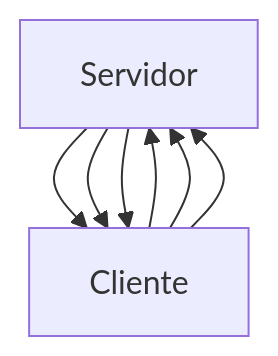
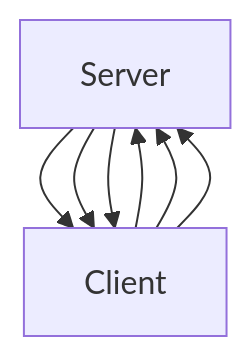
One commit to EduardoZepeda/coffee-bytes-hugo changed the fifth of 5 diagrams in content/posts/que-es-grpc-y-para-que-sirven-los-protobuffers/index.en.md. Above: the diagram before and after it, drawn with Mermaid. The commit also changed other lines of this file and 2 other files, not shown here.

````diff
--- a/content/posts/que-es-grpc-y-para-que-sirven-los-protobuffers/index.en.md
+++ b/content/posts/que-es-grpc-y-para-que-sirven-los-protobuffers/index.en.md
@@ -156,9 +156,9 @@
 ``` mermaid
 graph TD;
-    Servidor-->Cliente;
-    Servidor-->Cliente;
-    Servidor-->Cliente;
-    Cliente-->Servidor;
-    Cliente-->Servidor;
-    Cliente-->Servidor;
+    Server-->Client;
+    Server-->Client;
+    Server-->Client;
+    Client-->Server;
+    Client-->Server;
+    Client-->Server;
 ```
````
